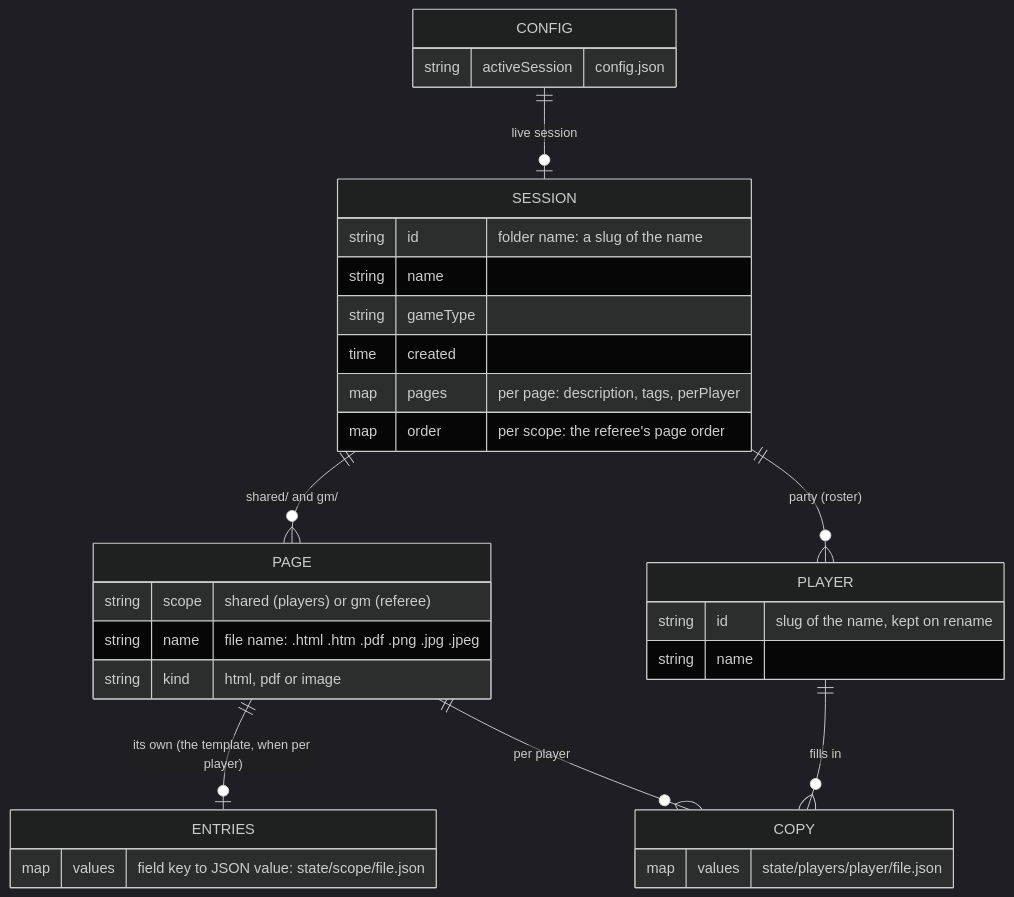
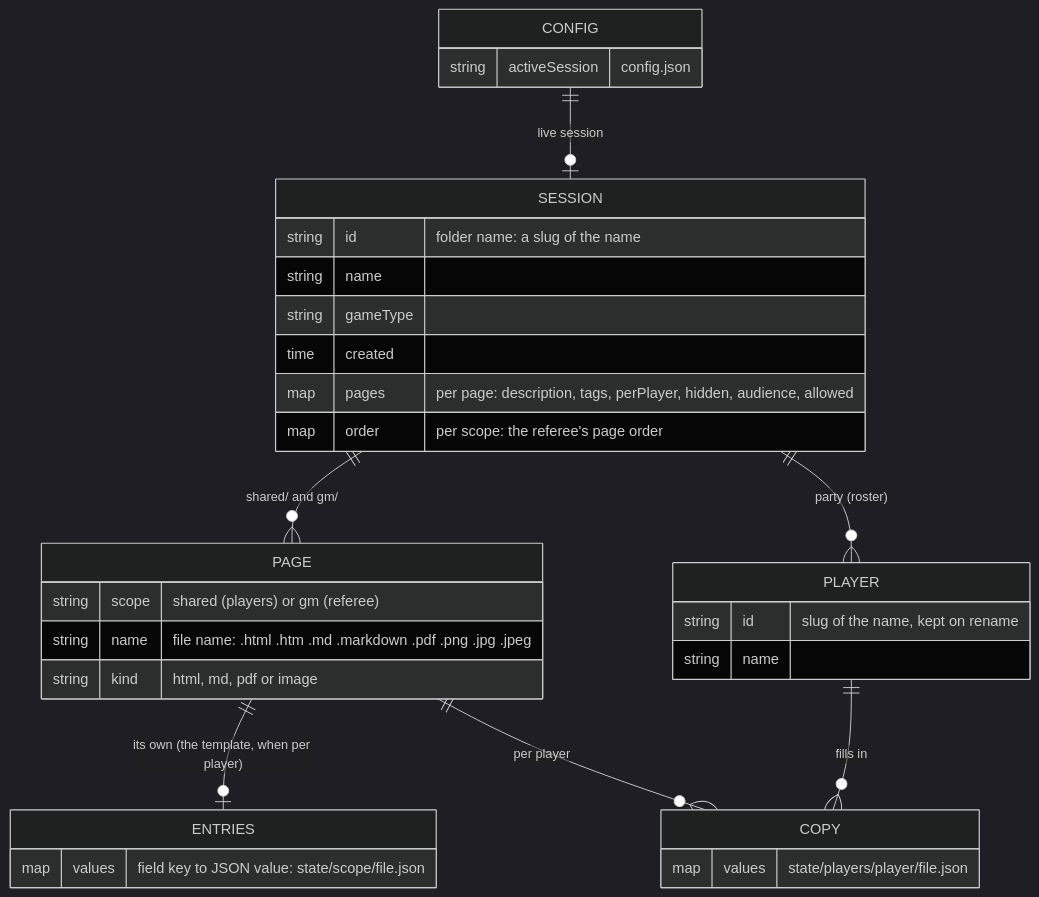
One commit to xy-zak/MotherGoose changed the second of 4 diagrams in docs/ARCHITECTURE.md. Above: the diagram before and after it, drawn with Mermaid (dark theme). The commit also changed other lines of this file and 18 other files, not shown here.

First line of the commit message:
Cleanup to the architecture rules

````diff
--- a/docs/ARCHITECTURE.md
+++ b/docs/ARCHITECTURE.md
@@ -149,35 +154,35 @@
 ```mermaid
 erDiagram
   CONFIG ||--o| SESSION : "live session"
   SESSION ||--o{ PAGE : "shared/ and gm/"
   SESSION ||--o{ PLAYER : "party (roster)"
   PAGE ||--o| ENTRIES : "its own (the template, when per player)"
   PAGE ||--o{ COPY : "per player"
   PLAYER ||--o{ COPY : "fills in"
   CONFIG {
     string activeSession "config.json"
   }
   SESSION {
     string id "folder name: a slug of the name"
     string name
     string gameType
     time created
-    map pages "per page: description, tags, perPlayer"
+    map pages "per page: description, tags, perPlayer, hidden, audience, allowed"
     map order "per scope: the referee's page order"
   }
   PAGE {
     string scope "shared (players) or gm (referee)"
-    string name "file name: .html .htm .pdf .png .jpg .jpeg"
-    string kind "html, pdf or image"
+    string name "file name: .html .htm .md .markdown .pdf .png .jpg .jpeg"
+    string kind "html, md, pdf or image"
   }
   PLAYER {
     string id "slug of the name, kept on rename"
     string name
   }
   ENTRIES {
     map values "field key to JSON value: state/scope/file.json"
   }
   COPY {
     map values "state/players/player/file.json"
   }
 ```
````
